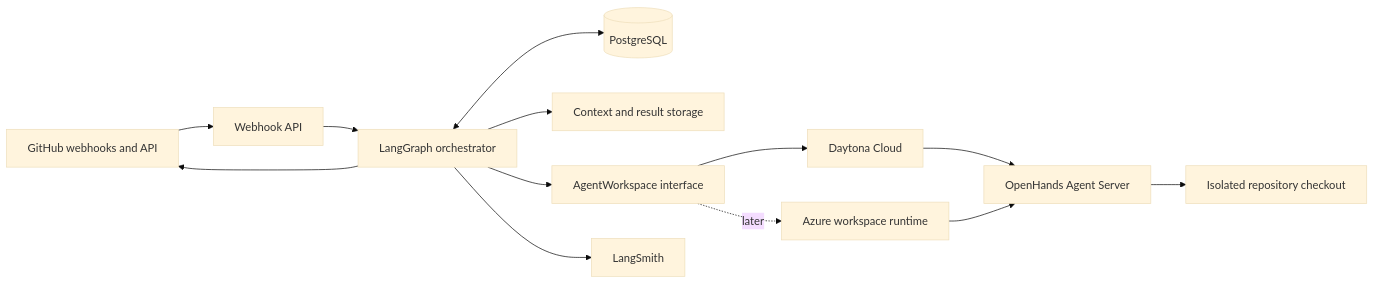
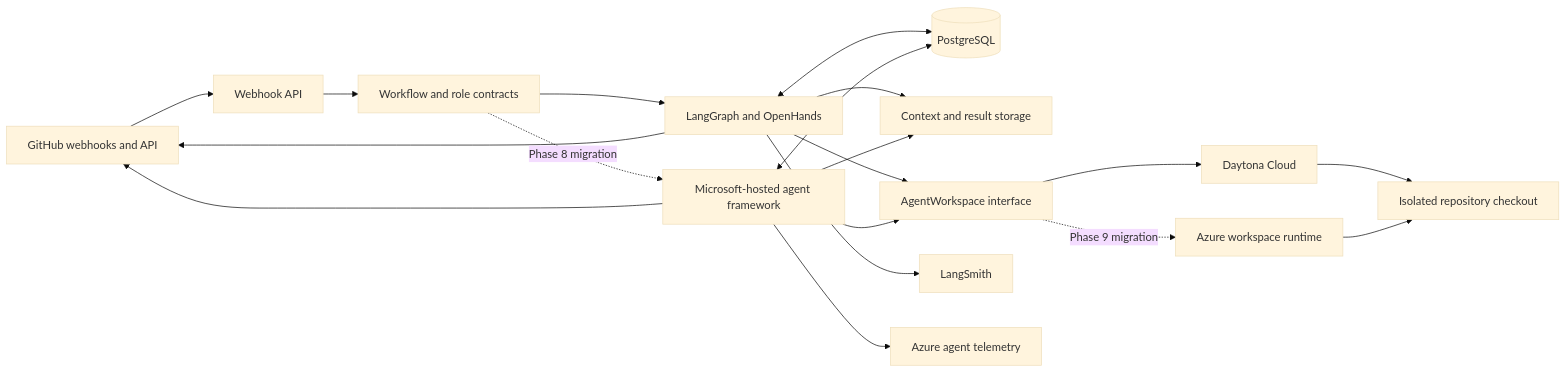
Before and after one commit to AndrewCraswell/agency: the diagram in apps/agentic/docs/agent-platform/README.md, drawn with Mermaid (base theme). The commit also changed other lines of this file and 36 other files, not shown here.

Commit message:
Add local LangGraph agent workflow

````diff
--- a/apps/agentic/docs/agent-platform/README.md
+++ b/apps/agentic/docs/agent-platform/README.md
@@ -77,15 +89,21 @@
 ```mermaid
 flowchart LR
     GH[GitHub webhooks and API] --> API[Webhook API]
-    API --> LG[LangGraph orchestrator]
+   API --> OR[Workflow and role contracts]
+   OR --> LG[LangGraph and OpenHands]
+   OR -. Phase 8 migration .-> MS[Microsoft-hosted agent framework]
     LG <--> PG[(PostgreSQL)]
+   MS <--> PG
     LG --> BS[Context and result storage]
+   MS --> BS
     LG --> WP[AgentWorkspace interface]
+   MS --> WP
     WP --> DC[Daytona Cloud]
-    WP -. later .-> AZW[Azure workspace runtime]
-    DC --> OH[OpenHands Agent Server]
-    AZW --> OH
-    OH --> REPO[Isolated repository checkout]
+   WP -. Phase 9 migration .-> AZW[Azure workspace runtime]
+   DC --> REPO[Isolated repository checkout]
+   AZW --> REPO
     LG --> LS[LangSmith]
+   MS --> TM[Azure agent telemetry]
     LG --> GH
+   MS --> GH
 ```
````
